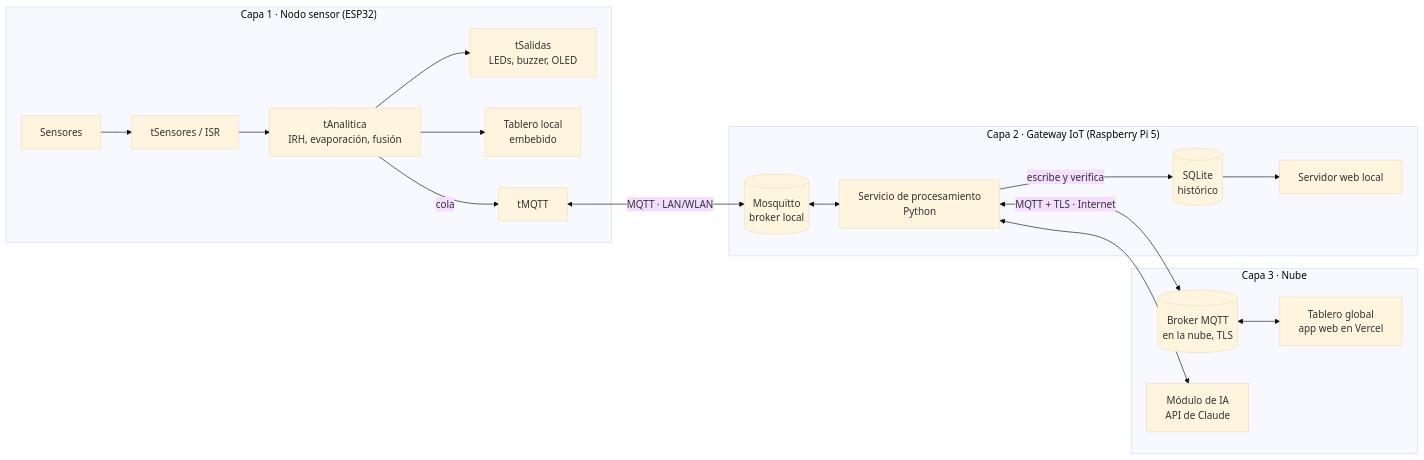
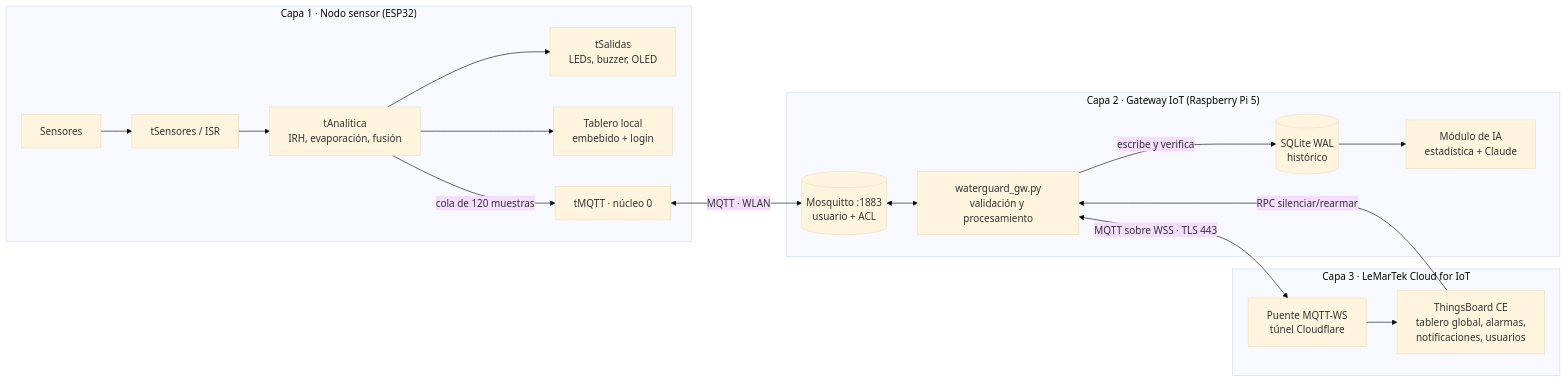
Before and after one commit to Juan100205/IOTPROYECTOFINAL3CORTE: the first of 5 diagrams in wiki/2.2.-Arquitectura-Propuesta.md, drawn with Mermaid (base theme). The commit also changed other lines of this file and 24 other files, not shown here.

Commit message:
Gateway: alerta critica por falla de SQLite con retencion ordenada; wiki y README alineados con lo construido (LeMarTek Cloud, topicos, carcasa MDF)

````diff
--- a/wiki/2.2.-Arquitectura-Propuesta.md
+++ b/wiki/2.2.-Arquitectura-Propuesta.md
@@ -9,28 +9,27 @@
 ```mermaid
 flowchart LR
   subgraph N["Capa 1 · Nodo sensor (ESP32)"]
     S[Sensores] --> TS[tSensores / ISR]
     TS --> TA[tAnalitica<br/>IRH, evaporación, fusión]
     TA --> TO[tSalidas<br/>LEDs, buzzer, OLED]
-    TA --> WL[Tablero local<br/>embebido]
-    TA -->|cola| TM[tMQTT]
+    TA --> WL[Tablero local<br/>embebido + login]
+    TA -->|cola de 120 muestras| TM[tMQTT · núcleo 0]
   end
   subgraph G["Capa 2 · Gateway IoT (Raspberry Pi 5)"]
-    B[(Mosquitto<br/>broker local)]
-    P[Servicio de procesamiento<br/>Python]
-    D[(SQLite<br/>histórico)]
-    WG[Servidor web local]
+    B[(Mosquitto :1883<br/>usuario + ACL)]
+    P[waterguard_gw.py<br/>validación y procesamiento]
+    D[(SQLite WAL<br/>histórico)]
+    IA[Módulo de IA<br/>estadística + Claude]
     B <--> P
     P -->|escribe y verifica| D
-    D --> WG
+    D --> IA
   end
-  subgraph C["Capa 3 · Nube"]
-    BC[(Broker MQTT<br/>en la nube, TLS)]
-    V[Tablero global<br/>app web en Vercel]
-    IA[Módulo de IA<br/>API de Claude]
+  subgraph C["Capa 3 · LeMarTek Cloud for IoT"]
+    BR[Puente MQTT-WS<br/>túnel Cloudflare]
+    TB[ThingsBoard CE<br/>tablero global, alarmas,<br/>notificaciones, usuarios]
+    BR --> TB
   end
-  TM <-->|MQTT · LAN/WLAN| B
-  P <-->|MQTT + TLS · Internet| BC
-  BC <--> V
-  P <--> IA
+  TM <-->|MQTT · WLAN| B
+  P <-->|MQTT sobre WSS · TLS 443| BR
+  TB -->|RPC silenciar/rearmar| P
 ```
````
